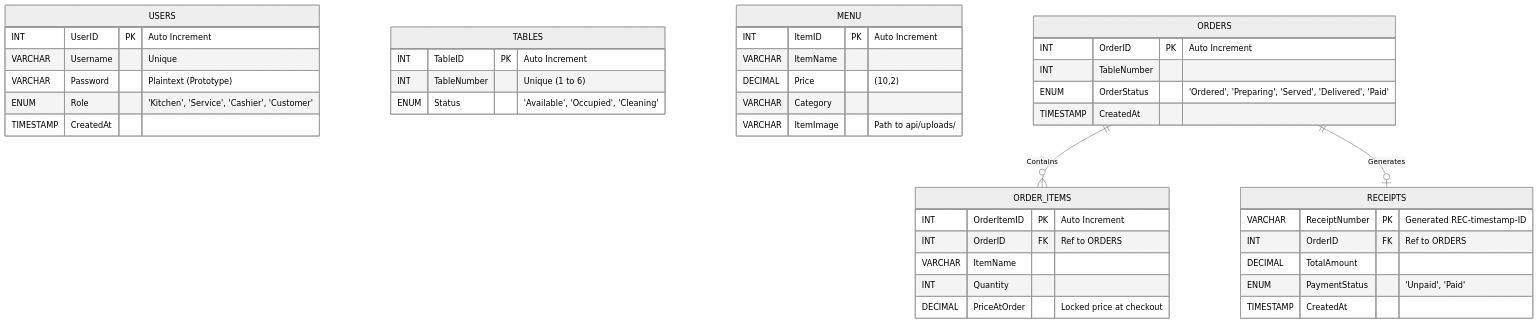
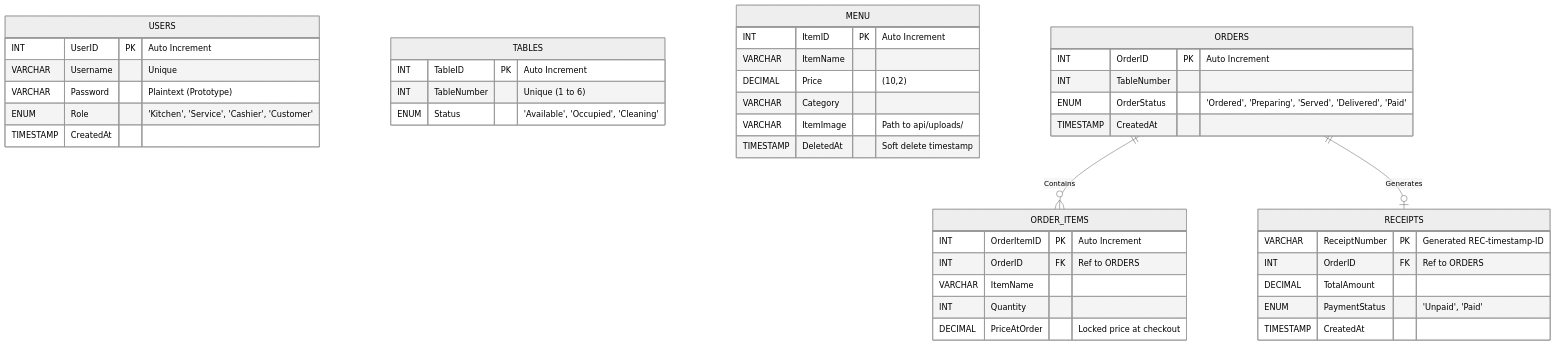
One commit to YoursTrulyInarius/Sikwate_QR changed the diagram in README.md. Above: the diagram before and after it, drawn with Mermaid (neutral theme). The commit also changed other lines of this file and 4 other files, not shown here.

````diff
--- a/README.md
+++ b/README.md
@@ -63,50 +63,51 @@
 ```mermaid
 erDiagram
     USERS {
         INT UserID PK "Auto Increment"
         VARCHAR Username "Unique"
         VARCHAR Password "Plaintext (Prototype)"
         ENUM Role "'Kitchen', 'Service', 'Cashier', 'Customer'"
         TIMESTAMP CreatedAt
     }
 
     TABLES {
         INT TableID PK "Auto Increment"
         INT TableNumber "Unique (1 to 6)"
         ENUM Status "'Available', 'Occupied', 'Cleaning'"
     }
 
     MENU {
         INT ItemID PK "Auto Increment"
         VARCHAR ItemName
         DECIMAL Price "(10,2)"
         VARCHAR Category
         VARCHAR ItemImage "Path to api/uploads/"
+        TIMESTAMP DeletedAt "Soft delete timestamp"
     }
 
     ORDERS {
         INT OrderID PK "Auto Increment"
         INT TableNumber
         ENUM OrderStatus "'Ordered', 'Preparing', 'Served', 'Delivered', 'Paid'"
         TIMESTAMP CreatedAt
     }
 
     ORDER_ITEMS {
         INT OrderItemID PK "Auto Increment"
         INT OrderID FK "Ref to ORDERS"
         VARCHAR ItemName
         INT Quantity
         DECIMAL PriceAtOrder "Locked price at checkout"
     }
 
     RECEIPTS {
         VARCHAR ReceiptNumber PK "Generated REC-timestamp-ID"
         INT OrderID FK "Ref to ORDERS"
         DECIMAL TotalAmount
         ENUM PaymentStatus "'Unpaid', 'Paid'"
         TIMESTAMP CreatedAt
     }
 
     ORDERS ||--o{ ORDER_ITEMS : "Contains"
     ORDERS ||--o| RECEIPTS : "Generates"
 ```
````
